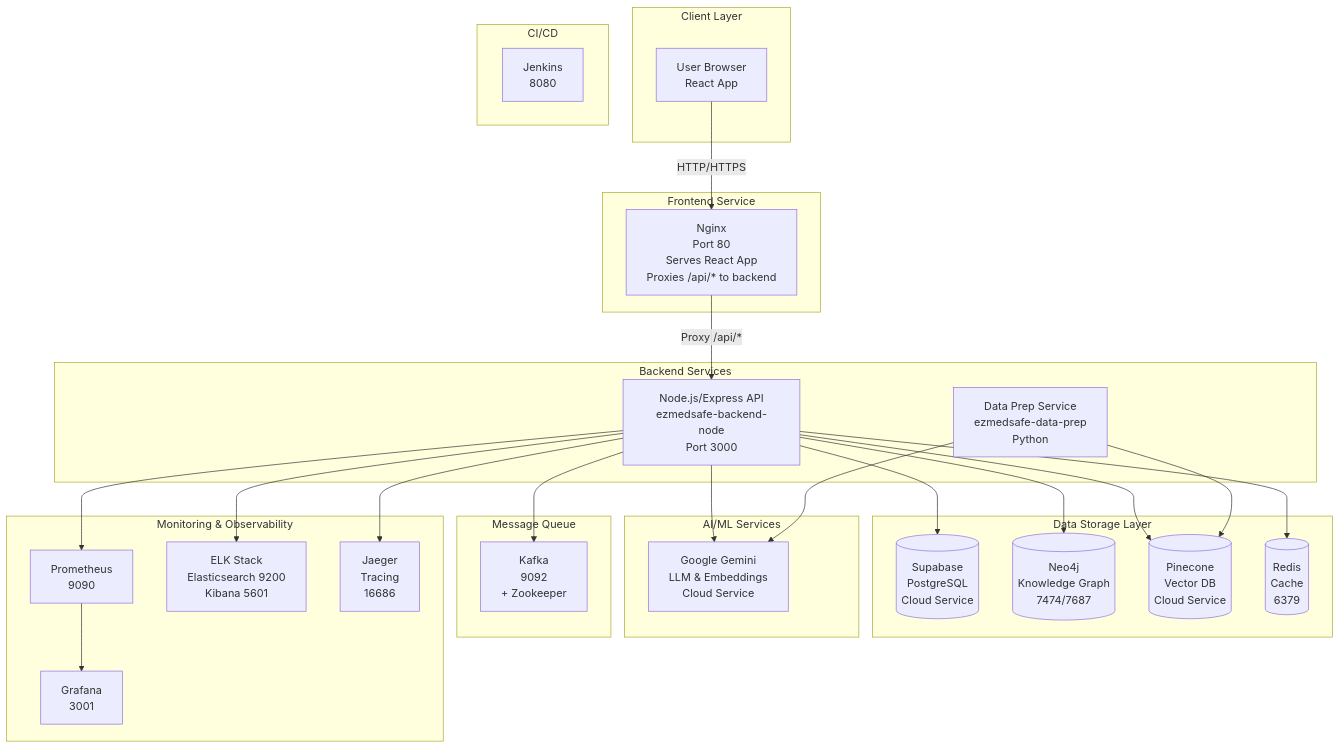
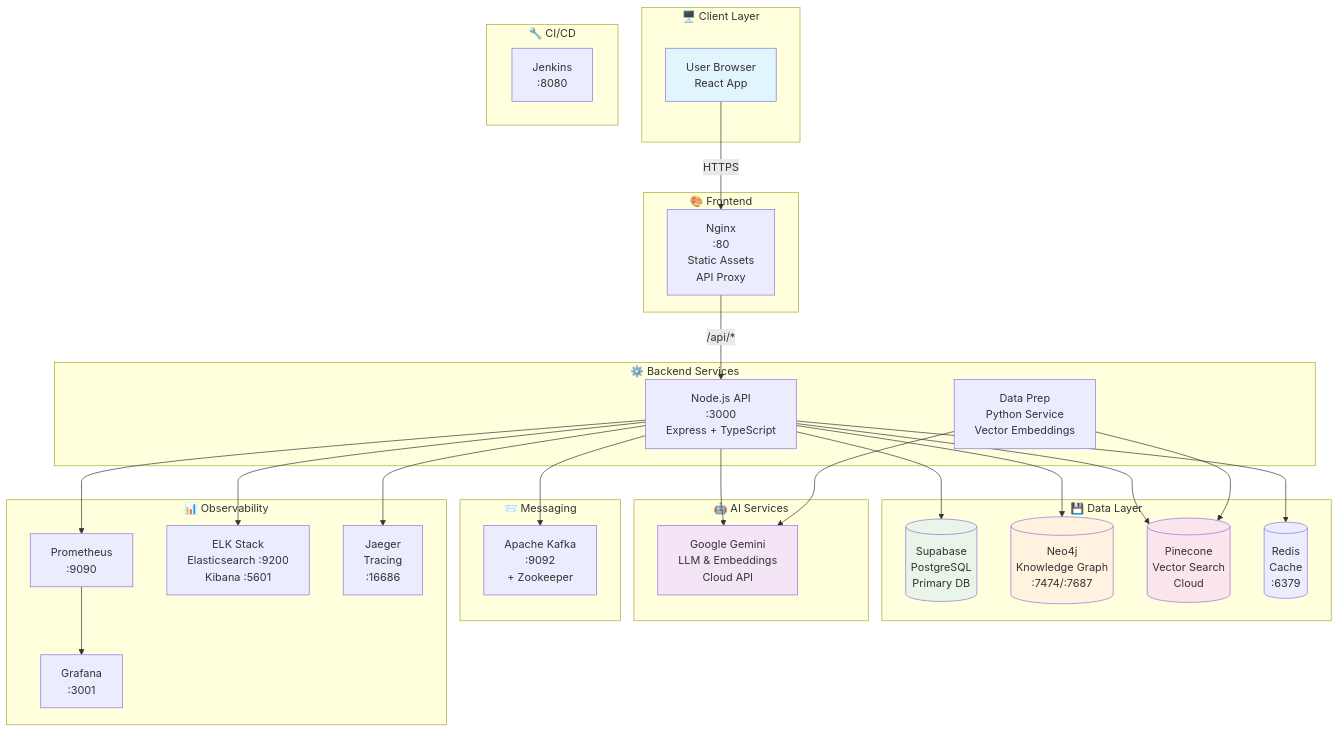
The diagram in ezmedsafe-backend-node/README.md (amritessh/ezMedSafe), drawn with Mermaid before and after one commit. The commit also changed other lines of this file, not shown here.

````diff
--- a/ezmedsafe-backend-node/README.md
+++ b/ezmedsafe-backend-node/README.md
@@ -62,56 +38,62 @@
 ```mermaid
 graph TB
-    subgraph Client["Client Layer"]
+    subgraph Client["🖥️ Client Layer"]
         A[User Browser<br/>React App]
     end
 
-    subgraph Frontend["Frontend Service"]
-        B[Nginx<br/>Port 80<br/>Serves React App<br/>Proxies /api/* to backend]
+    subgraph Frontend["🎨 Frontend"]
+        B[Nginx<br/>:80<br/>Static Assets<br/>API Proxy]
     end
 
-    subgraph Backend["Backend Services"]
-        C[Node.js/Express API<br/>ezmedsafe-backend-node<br/>Port 3000]
-        D[Data Prep Service<br/>ezmedsafe-data-prep<br/>Python]
+    subgraph Backend["⚙️ Backend Services"]
+        C[Node.js API<br/>:3000<br/>Express + TypeScript]
+        D[Data Prep<br/>Python Service<br/>Vector Embeddings]
     end
 
-    subgraph Storage["Data Storage Layer"]
-        E[(Supabase<br/>PostgreSQL<br/>Cloud Service)]
-        F[(Neo4j<br/>Knowledge Graph<br/>7474/7687)]
-        G[(Pinecone<br/>Vector DB<br/>Cloud Service)]
-        H[(Redis<br/>Cache<br/>6379)]
+    subgraph Storage["💾 Data Layer"]
+        E[(Supabase<br/>PostgreSQL<br/>Primary DB)]
+        F[(Neo4j<br/>Knowledge Graph<br/>:7474/:7687)]
+        G[(Pinecone<br/>Vector Search<br/>Cloud)]
+        H[(Redis<br/>Cache<br/>:6379)]
     end
 
-    subgraph AI["AI/ML Services"]
-        I[Google Gemini<br/>LLM & Embeddings<br/>Cloud Service]
+    subgraph AI["🤖 AI Services"]
+        I[Google Gemini<br/>LLM & Embeddings<br/>Cloud API]
     end
 
-    subgraph Queue["Message Queue"]
-        J[Kafka<br/>9092<br/>+ Zookeeper]
+    subgraph Queue["📨 Messaging"]
+        J[Apache Kafka<br/>:9092<br/>+ Zookeeper]
     end
 
-    subgraph Monitor["Monitoring & Observability"]
-        K[Prometheus<br/>9090]
-        L[Grafana<br/>3001]
-        M[ELK Stack<br/>Elasticsearch 9200<br/>Kibana 5601]
-        N[Jaeger<br/>Tracing<br/>16686]
+    subgraph Monitor["📊 Observability"]
+        K[Prometheus<br/>:9090]
+        L[Grafana<br/>:3001]
+        M[ELK Stack<br/>Elasticsearch :9200<br/>Kibana :5601]
+        N[Jaeger<br/>Tracing<br/>:16686]
     end
 
-    subgraph CICD["CI/CD"]
-        O[Jenkins<br/>8080]
+    subgraph CICD["🔧 CI/CD"]
+        O[Jenkins<br/>:8080]
     end
 
-    A -->|HTTP/HTTPS| B
-    B -->|Proxy /api/*| C
+    A -->|HTTPS| B
+    B -->|/api/*| C
     C --> E
     C --> F
     C --> G
     C --> H
     C --> I
     C --> J
     D --> G
     D --> I
     K --> L
     C --> K
     C --> M
     C --> N
+
+    style A fill:#e1f5fe
+    style I fill:#f3e5f5
+    style E fill:#e8f5e8
+    style F fill:#fff3e0
+    style G fill:#fce4ec
 ```
````
